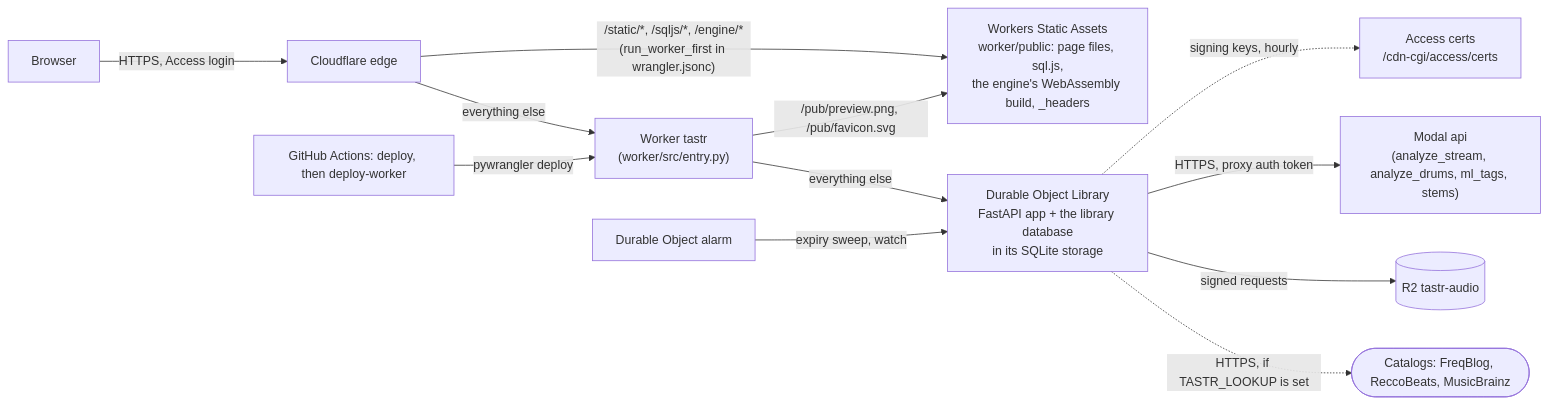
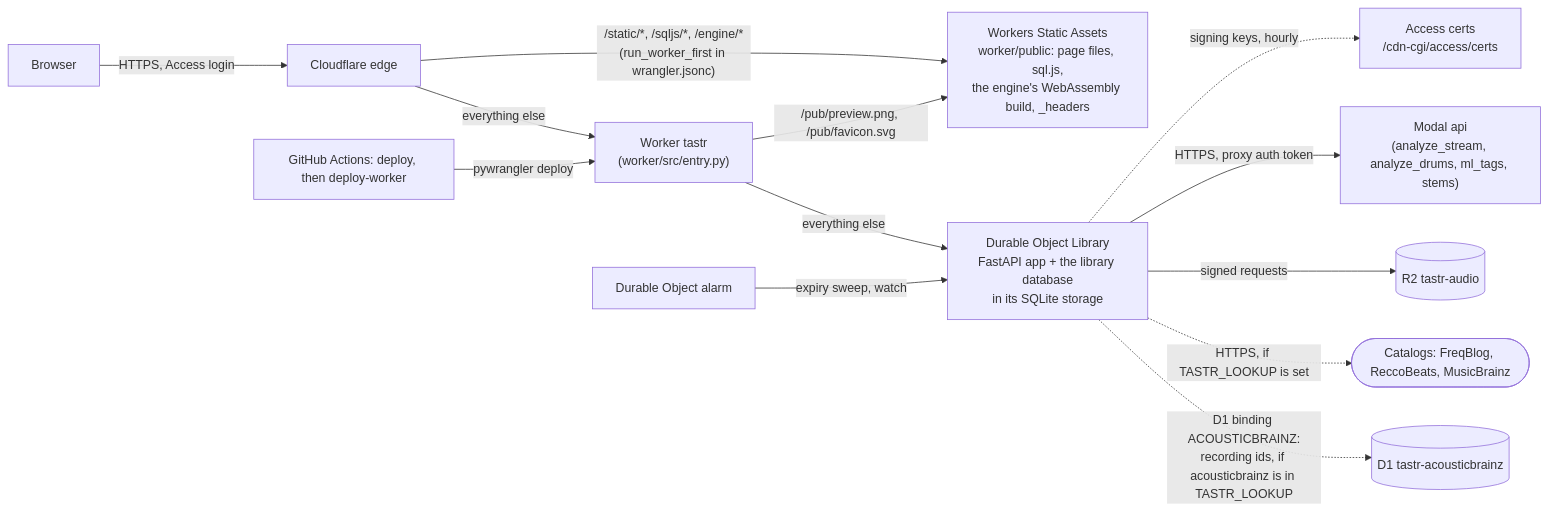
The third of 3 diagrams in docs/hosting-map.md (pocketIlmatto/tastr), drawn with Mermaid before and after one commit. The commit also changed other lines of this file and 12 other files, not shown here.

````diff
--- a/docs/hosting-map.md
+++ b/docs/hosting-map.md
@@ -325,14 +333,15 @@
 ```mermaid
 flowchart LR
     B[Browser] -->|HTTPS, Access login| CF[Cloudflare edge]
     CF -->|"everything else"| W["Worker tastr<br/>(worker/src/entry.py)"]
     CF -->|"/static/*, /sqljs/*, /engine/*<br/>(run_worker_first in wrangler.jsonc)"| SA["Workers Static Assets<br/>worker/public: page files, sql.js,<br/>the engine's WebAssembly build, _headers"]
     W -->|"/pub/preview.png, /pub/favicon.svg"| SA
     W -->|everything else| DO["Durable Object Library<br/>FastAPI app + the library database<br/>in its SQLite storage"]
     DO -.->|signing keys, hourly| AK[Access certs<br/>/cdn-cgi/access/certs]
     AL[Durable Object alarm] -->|expiry sweep, watch| DO
     GHD[GitHub Actions: deploy, then deploy-worker] -->|pywrangler deploy| W
     DO -->|HTTPS, proxy auth token| MA["Modal api<br/>(analyze_stream, analyze_drums, ml_tags, stems)"]
     DO -->|signed requests| R2B[(R2 tastr-audio)]
     DO -.->|HTTPS, if TASTR_LOOKUP is set| CAT2([Catalogs: FreqBlog, ReccoBeats, MusicBrainz])
+    DO -.->|"D1 binding ACOUSTICBRAINZ:<br/>recording ids, if acousticbrainz is in TASTR_LOOKUP"| D1B[(D1 tastr-acousticbrainz)]
 ```
````
